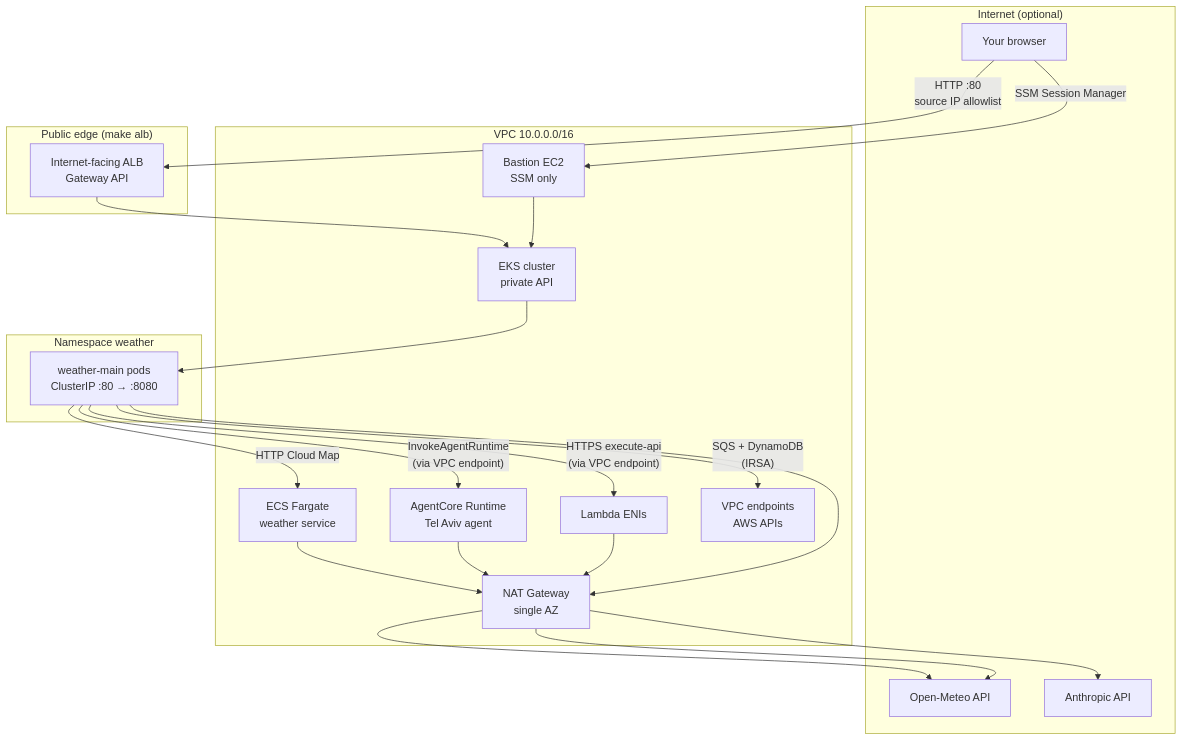
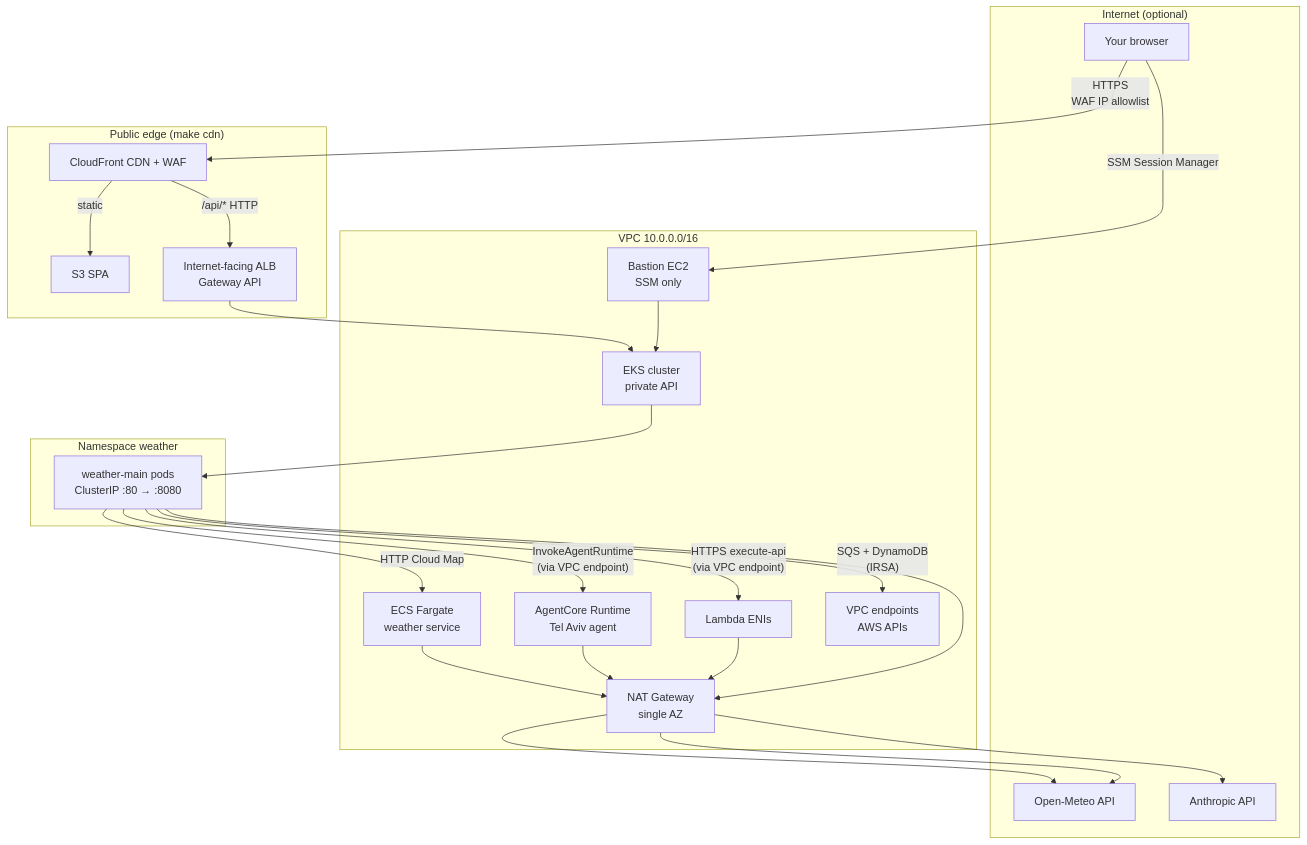
One commit to evyatare92/aws-project changed the first of 2 diagrams in docs/architecture/overview.md. Above: the diagram before and after it, drawn with Mermaid. The commit also changed other lines of this file and 9 other files, not shown here.

````diff
--- a/docs/architecture/overview.md
+++ b/docs/architecture/overview.md
@@ -11,44 +11,48 @@
 ```mermaid
 flowchart TB
   subgraph Internet["Internet (optional)"]
     UserPC["Your browser"]
     OpenMeteo["Open-Meteo API"]
     Anthropic["Anthropic API"]
   end
 
-  subgraph PublicEdge["Public edge (make alb)"]
+  subgraph PublicEdge["Public edge (make cdn)"]
+    CF["CloudFront CDN + WAF"]
+    S3Front["S3 SPA"]
     ALB["Internet-facing ALB\nGateway API"]
   end
 
   subgraph VPC["VPC 10.0.0.0/16"]
     Bastion["Bastion EC2\nSSM only"]
     EKS["EKS cluster\nprivate API"]
     ECS["ECS Fargate\nweather service"]
     AgentCore["AgentCore Runtime\nTel Aviv agent"]
     LambdaVPC["Lambda ENIs"]
     VPCE["VPC endpoints\nAWS APIs"]
     NAT["NAT Gateway\nsingle AZ"]
   end
 
-  UserPC -->|"HTTP :80\nsource IP allowlist"| ALB
+  UserPC -->|"HTTPS\nWAF IP allowlist"| CF
+  CF -->|"static"| S3Front["S3 SPA"]
+  CF -->|"/api/* HTTP"| ALB
   UserPC -->|"SSM Session Manager"| Bastion
   ALB --> EKS
   Bastion --> EKS
 
   subgraph MainApp["Namespace weather"]
     Pods["weather-main pods\nClusterIP :80 → :8080"]
   end
 
   EKS --> Pods
   Pods -->|"HTTP Cloud Map"| ECS
   Pods -->|"HTTPS execute-api\n(via VPC endpoint)"| LambdaVPC
   Pods -->|"InvokeAgentRuntime\n(via VPC endpoint)"| AgentCore
   Pods -->|"SQS + DynamoDB\n(IRSA)"| VPCE
 
   ECS --> NAT --> OpenMeteo
   AgentCore --> NAT
   NAT --> OpenMeteo
   NAT --> Anthropic
   LambdaVPC --> NAT
   Pods --> NAT
 ```
````
